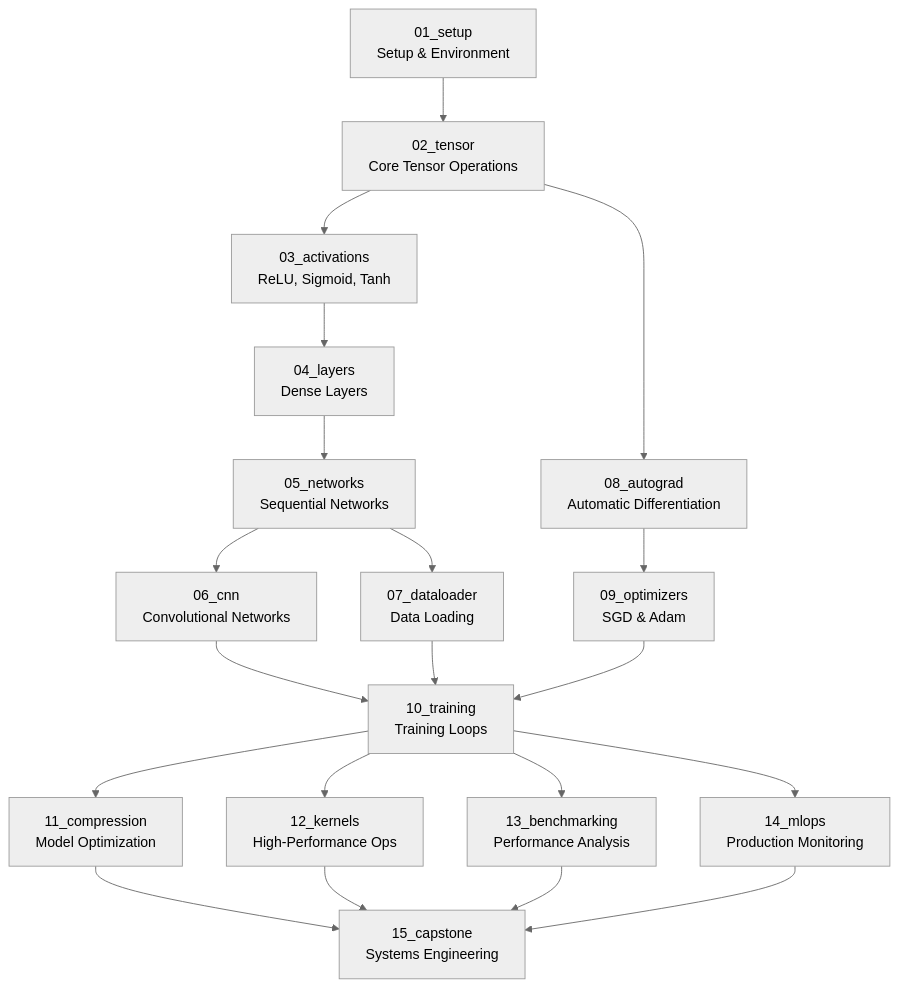
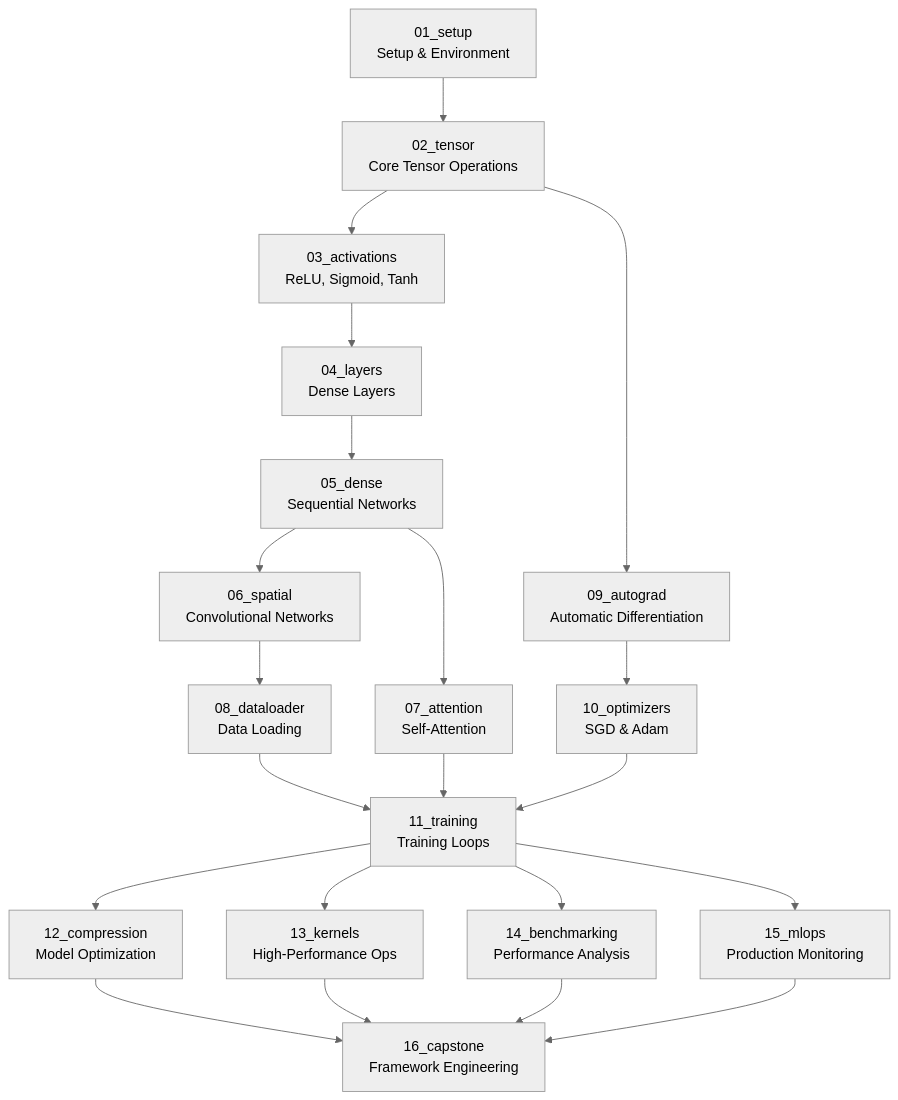
The diagram in README.md (MLSysBook/TinyTorch), drawn with Mermaid (neutral theme) before and after one commit. The commit also changed other lines of this file, not shown here.

````diff
--- a/README.md
+++ b/README.md
@@ -190,26 +195,27 @@
 ```mermaid
 flowchart TD
     A[01_setup<br/>Setup & Environment] --> B[02_tensor<br/>Core Tensor Operations]
     B --> C[03_activations<br/>ReLU, Sigmoid, Tanh]
     C --> D[04_layers<br/>Dense Layers]
-    D --> E[05_networks<br/>Sequential Networks]
+    D --> E[05_dense<br/>Sequential Networks]
     
-    E --> F[06_cnn<br/>Convolutional Networks]
-    E --> G[07_dataloader<br/>Data Loading]
-    B --> H[08_autograd<br/>Automatic Differentiation]
-    H --> I[09_optimizers<br/>SGD & Adam]
+    E --> F[06_spatial<br/>Convolutional Networks]
+    E --> G[07_attention<br/>Self-Attention]
+    F --> H[08_dataloader<br/>Data Loading]
+    B --> I[09_autograd<br/>Automatic Differentiation]
+    I --> J[10_optimizers<br/>SGD & Adam]
     
-    F --> J[10_training<br/>Training Loops]
-    G --> J
-    I --> J
+    H --> K[11_training<br/>Training Loops]
+    G --> K
+    J --> K
     
-    J --> K[11_compression<br/>Model Optimization]
-    J --> L[12_kernels<br/>High-Performance Ops]
-    J --> M[13_benchmarking<br/>Performance Analysis]
-    J --> N[14_mlops<br/>Production Monitoring]
+    K --> L[12_compression<br/>Model Optimization]
+    K --> M[13_kernels<br/>High-Performance Ops]
+    K --> N[14_benchmarking<br/>Performance Analysis]
+    K --> O[15_mlops<br/>Production Monitoring]
     
-    K --> O[15_capstone<br/>Systems Engineering]
-    L --> O
-    M --> O
-    N --> O
+    L --> P[16_capstone<br/>Framework Engineering]
+    M --> P
+    N --> P
+    O --> P
 ```
````
